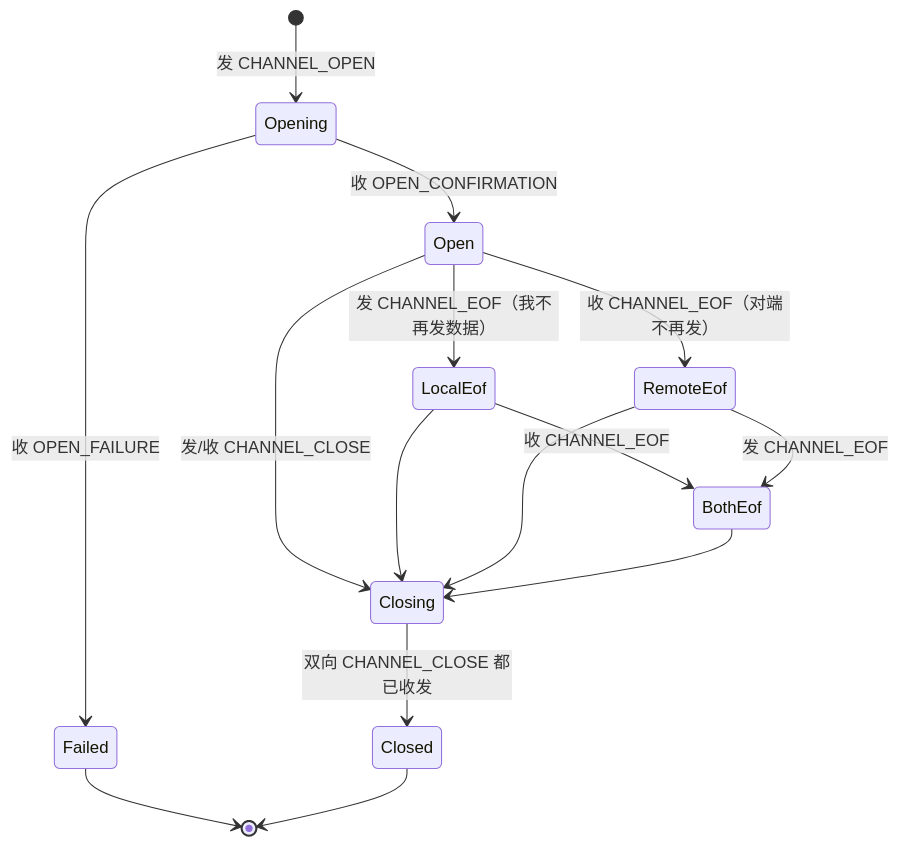
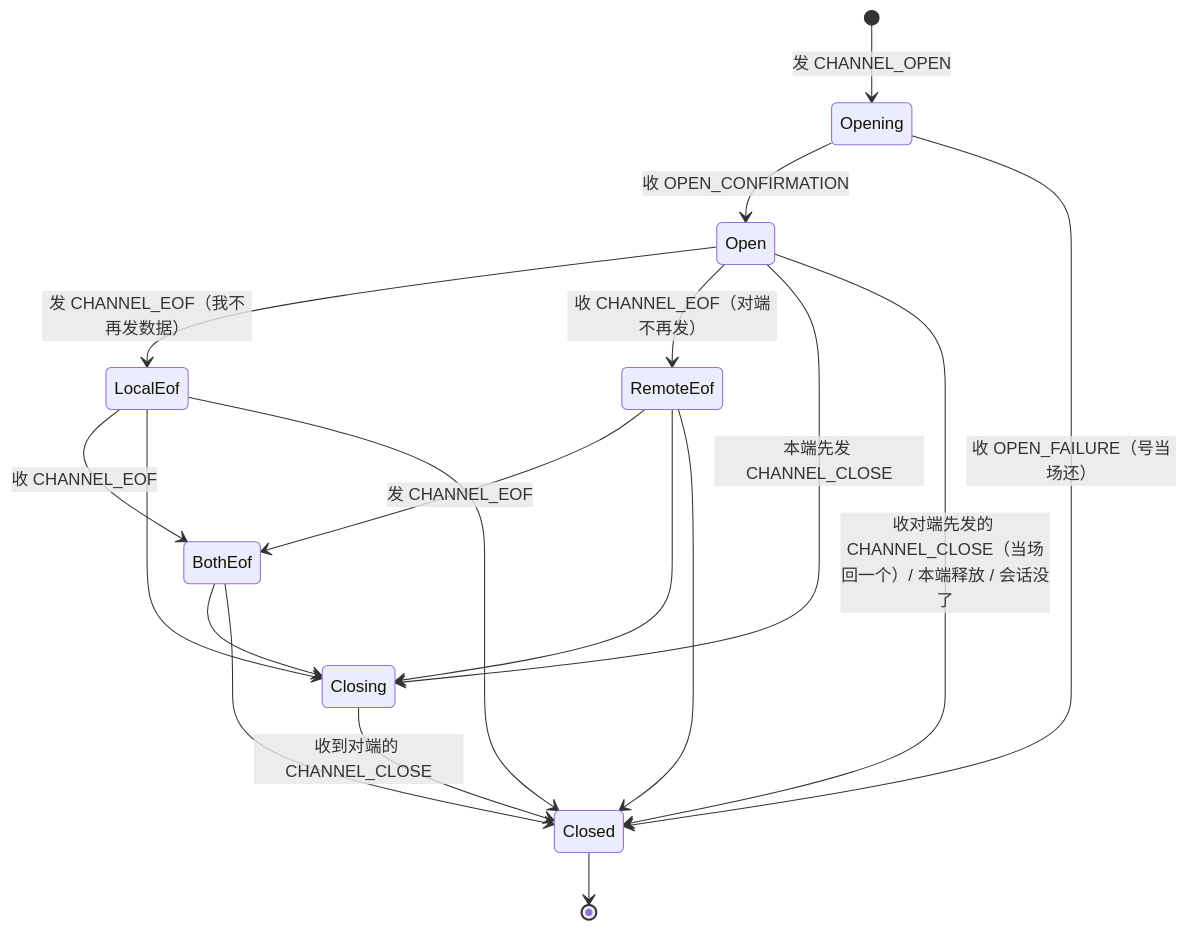
One commit to VelaShellLabs/velashell-docs changed the first of 2 diagrams in zh/ssh/spec/05-connection.md. Above: the diagram before and after it, drawn with Mermaid. The commit also changed other lines of this file and 1 other file, not shown here.

Commit message:
ssh/spec:通道状态图与实现对齐,关闭原因看谁先发的 CLOSE

````diff
--- a/zh/ssh/spec/05-connection.md
+++ b/zh/ssh/spec/05-connection.md
@@ -12,17 +12,20 @@
 ```mermaid
 stateDiagram-v2
     [*] --> Opening : 发 CHANNEL_OPEN
     Opening --> Open : 收 OPEN_CONFIRMATION
-    Opening --> Failed : 收 OPEN_FAILURE
+    Opening --> Closed : 收 OPEN_FAILURE（号当场还）
     Open --> LocalEof : 发 CHANNEL_EOF（我不再发数据）
     Open --> RemoteEof : 收 CHANNEL_EOF（对端不再发）
     LocalEof --> BothEof : 收 CHANNEL_EOF
     RemoteEof --> BothEof : 发 CHANNEL_EOF
-    Open --> Closing : 发/收 CHANNEL_CLOSE
+    Open --> Closing : 本端先发 CHANNEL_CLOSE
     LocalEof --> Closing
     RemoteEof --> Closing
     BothEof --> Closing
-    Closing --> Closed : 双向 CHANNEL_CLOSE 都已收发
-    Failed --> [*]
+    Closing --> Closed : 收到对端的 CHANNEL_CLOSE
+    Open --> Closed : 收对端先发的 CHANNEL_CLOSE（当场回一个）/ 本端释放 / 会话没了
+    LocalEof --> Closed
+    RemoteEof --> Closed
+    BothEof --> Closed
     Closed --> [*]
 ```
````
